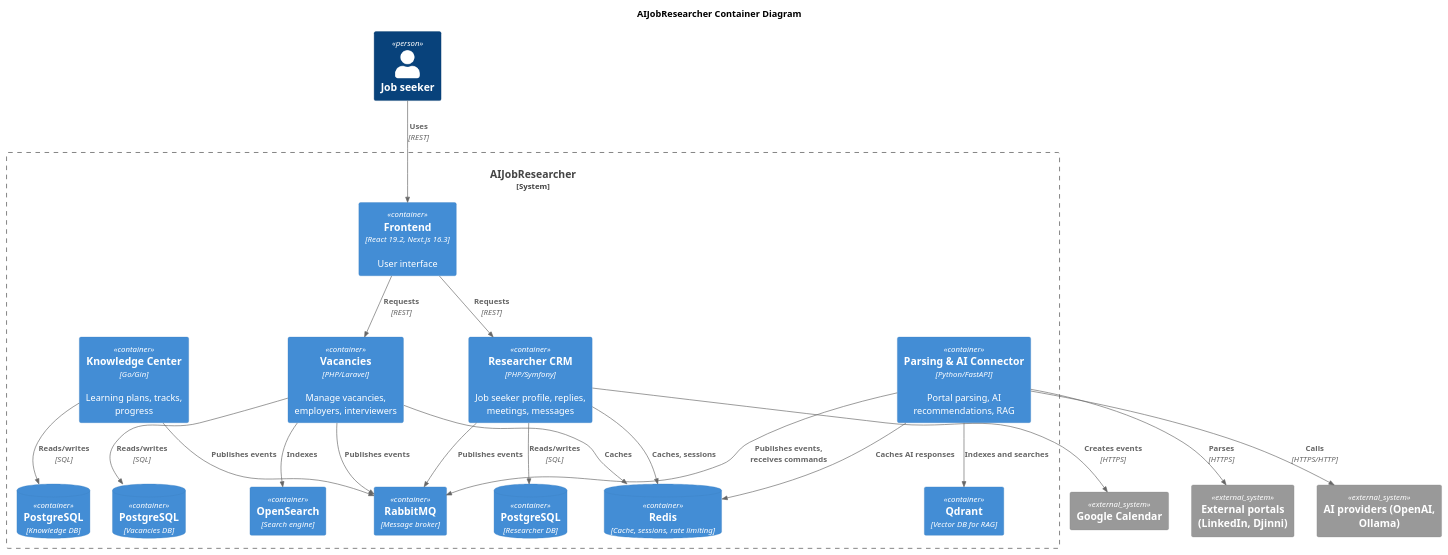
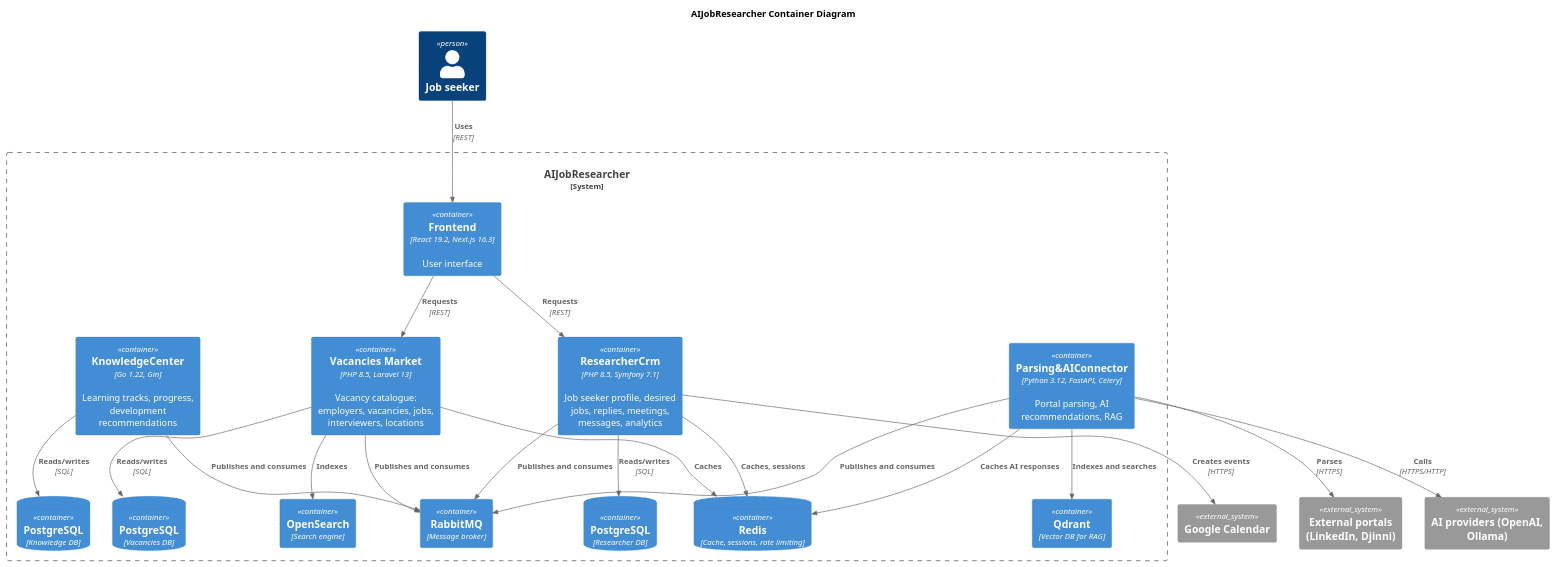
The diagram in docs/c4/containers.puml (AIJobResearcher/docs), drawn with PlantUML before and after one commit. The commit also changed 61 other files, not shown here.

```diff
--- a/docs/c4/containers.puml
+++ b/docs/c4/containers.puml
@@ -1,52 +1,52 @@
 @startuml
 !include https://raw.githubusercontent.com/plantuml-stdlib/C4-PlantUML/master/C4_Container.puml
 
 title AIJobResearcher Container Diagram
 
 Person(seeker, "Job seeker")
 
 System_Boundary(platform, "AIJobResearcher") {
     Container(frontend, "Frontend", "React 19.2, Next.js 16.3", "User interface")
-    Container(vacancies, "Vacancies", "PHP/Laravel", "Manage vacancies, employers, interviewers")
-    Container(researcher_crm, "Researcher CRM", "PHP/Symfony", "Job seeker profile, replies, meetings, messages")
-    Container(parsing_ai, "Parsing & AI Connector", "Python/FastAPI", "Portal parsing, AI recommendations, RAG")
-    Container(knowledge, "Knowledge Center", "Go/Gin", "Learning plans, tracks, progress")
+    Container(vacancies, "Vacancies Market", "PHP 8.5, Laravel 13", "Vacancy catalogue: employers, vacancies, jobs, interviewers, locations")
+    Container(researcher_crm, "ResearcherCrm", "PHP 8.5, Symfony 7.1", "Job seeker profile, desired jobs, replies, meetings, messages, analytics")
+    Container(parsing_ai, "Parsing&AIConnector", "Python 3.12, FastAPI, Celery", "Portal parsing, AI recommendations, RAG")
+    Container(knowledge, "KnowledgeCenter", "Go 1.22, Gin", "Learning tracks, progress, development recommendations")
 
     ContainerDb(postgres_v, "PostgreSQL", "Vacancies DB")
     ContainerDb(postgres_r, "PostgreSQL", "Researcher DB")
     ContainerDb(postgres_k, "PostgreSQL", "Knowledge DB")
     ContainerDb(redis, "Redis", "Cache, sessions, rate limiting")
     Container(rabbitmq, "RabbitMQ", "Message broker")
     Container(opensearch, "OpenSearch", "Search engine")
     Container(qdrant, "Qdrant", "Vector DB for RAG")
 }
 
 System_Ext(portal, "External portals (LinkedIn, Djinni)")
 System_Ext(ai_provider, "AI providers (OpenAI, Ollama)")
-System_Ext(calendar, "Google Calendar")
+System_Ext(google_calendar, "Google Calendar")
 
 Rel(seeker, frontend, "Uses", "REST")
 Rel(frontend, vacancies, "Requests", "REST")
 Rel(frontend, researcher_crm, "Requests", "REST")
 
 Rel(vacancies, postgres_v, "Reads/writes", "SQL")
 Rel(researcher_crm, postgres_r, "Reads/writes", "SQL")
 Rel(knowledge, postgres_k, "Reads/writes", "SQL")
 
 Rel(vacancies, redis, "Caches")
 Rel(researcher_crm, redis, "Caches, sessions")
 Rel(parsing_ai, redis, "Caches AI responses")
 
-Rel(vacancies, rabbitmq, "Publishes events")
-Rel(researcher_crm, rabbitmq, "Publishes events")
-Rel(parsing_ai, rabbitmq, "Publishes events, receives commands")
-Rel(knowledge, rabbitmq, "Publishes events")
+Rel(vacancies, rabbitmq, "Publishes and consumes")
+Rel(researcher_crm, rabbitmq, "Publishes and consumes")
+Rel(parsing_ai, rabbitmq, "Publishes and consumes")
+Rel(knowledge, rabbitmq, "Publishes and consumes")
 
 Rel(vacancies, opensearch, "Indexes")
 Rel(parsing_ai, qdrant, "Indexes and searches")
 
 Rel(parsing_ai, portal, "Parses", "HTTPS")
 Rel(parsing_ai, ai_provider, "Calls", "HTTPS/HTTP")
-Rel(researcher_crm, calendar, "Creates events", "HTTPS")
+Rel(researcher_crm, google_calendar, "Creates events", "HTTPS")
 
 @enduml
```
